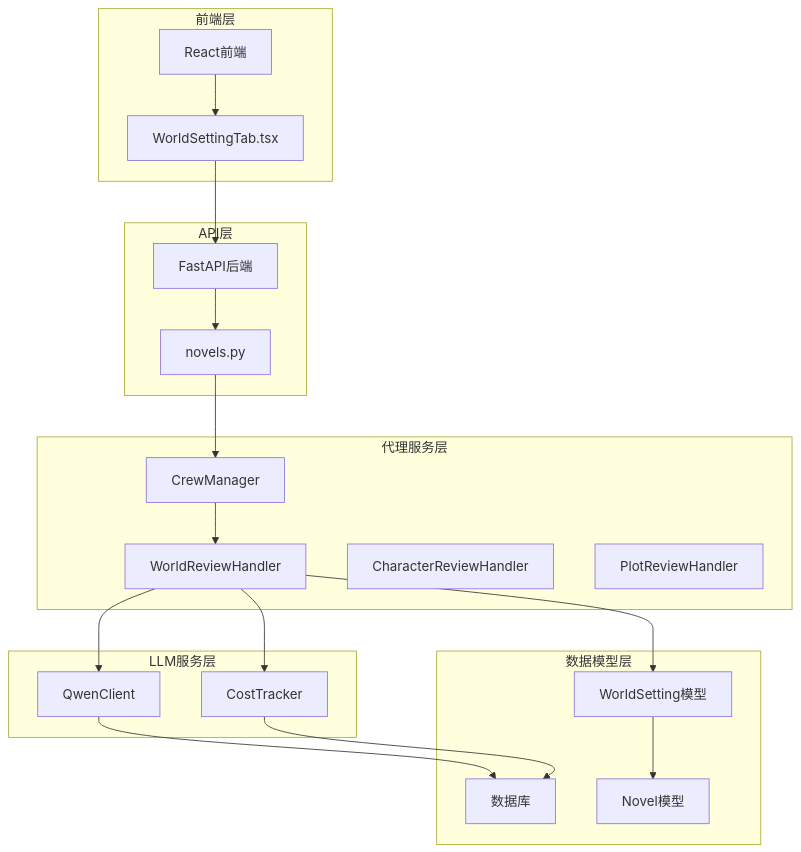
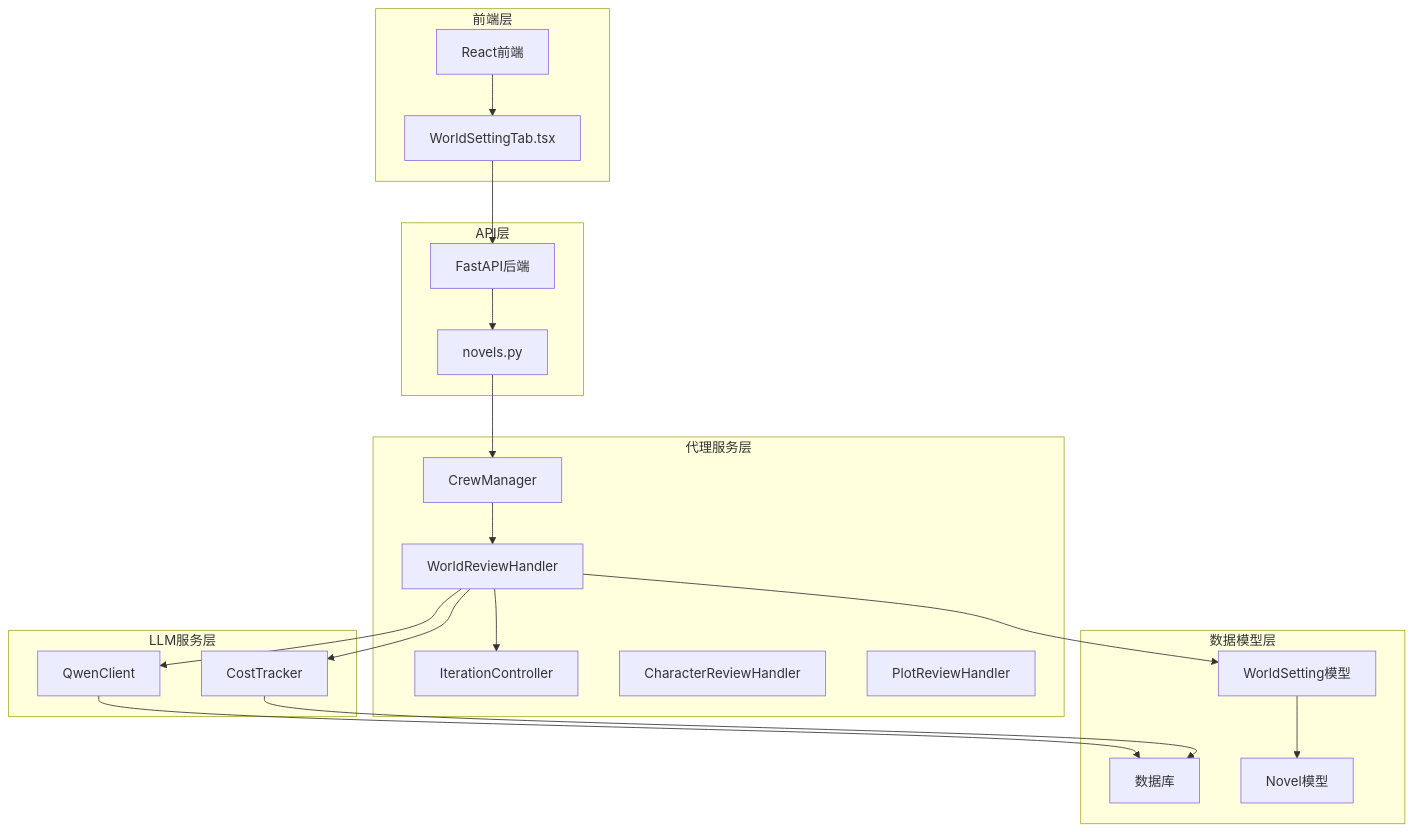
The first of 9 diagrams in .qoder/repowiki/zh/content/AI智能体系统/世界设定审查处理器.md (xfbyxq/ai-novel-system), drawn with Mermaid before and after one commit. The commit also changed other lines of this file and 10 other files, not shown here.

````diff
--- a/.qoder/repowiki/zh/content/AI智能体系统/世界设定审查处理器.md
+++ b/.qoder/repowiki/zh/content/AI智能体系统/世界设定审查处理器.md
@@ -37,37 +52,39 @@
 ```mermaid
 graph TB
 subgraph "前端层"
 FE[React前端]
 WS[WorldSettingTab.tsx]
 end
 subgraph "API层"
 API[FastAPI后端]
 NOVELS[novels.py]
 end
 subgraph "代理服务层"
 CM[CrewManager]
 WRH[WorldReviewHandler]
+IC[IterationController]
 CRH[CharacterReviewHandler]
 PRH[PlotReviewHandler]
 end
 subgraph "LLM服务层"
 QC[QwenClient]
 CT[CostTracker]
 end
 subgraph "数据模型层"
 DB[数据库]
 WSModel[WorldSetting模型]
 NM[Novel模型]
 end
 FE --> WS
 WS --> API
 API --> NOVELS
 NOVELS --> CM
 CM --> WRH
+WRH --> IC
 WRH --> QC
 WRH --> CT
 QC --> DB
 CT --> DB
 WRH --> WSModel
 WSModel --> NM
 ```
````
